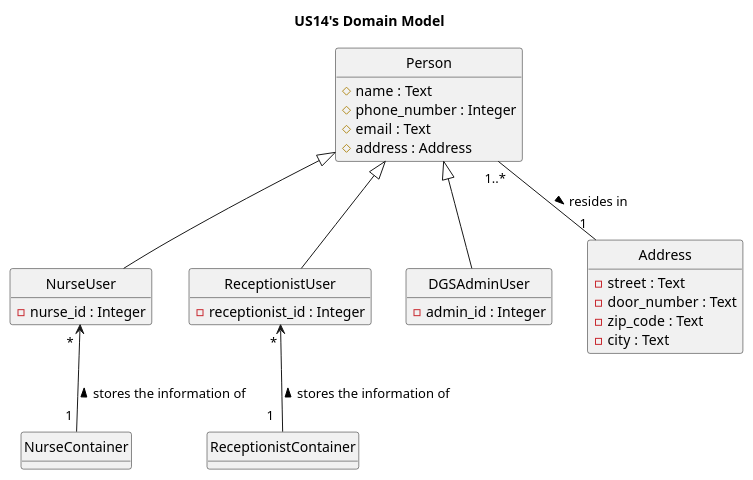
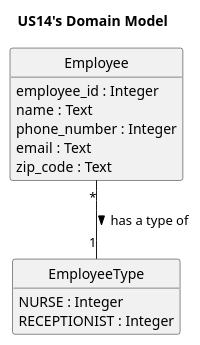
Before and after one commit to pedroguilherme-web/leti-esoft-25-26-A1: the diagram in docs/system-documentation/US14/puml/US14-DM.puml, drawn with PlantUML. The commit also changed 12 other files, not shown here.

Commit message:
Miguel e Lucas: - Adicionados os métodos getNurseList e getReceptionistList ao EmployeeContainer.h e EmployeeContainer.cpp e feitas pequenas alterações no Employee.h - Removido tudo sobre NurseContainer e ReceptionistContainer - Alteradas informações nas US14 e US15

```diff
--- a/docs/system-documentation/US14/puml/US14-DM.puml
+++ b/docs/system-documentation/US14/puml/US14-DM.puml
@@ -1,36 +1,24 @@
 @startuml
 'https://plantuml.com/class-diagram
 
 hide circle
 hide methods
 
 title US14's Domain Model
 
-class Person {
-    # name : Text
-    # phone_number : Integer
-    # email : Text
-    # address : Address
+enum EmployeeType {
+    NURSE : Integer
+    RECEPTIONIST : Integer
 }
-class NurseUser extends Person {
-    - nurse_id : Integer
-}
-class ReceptionistUser extends Person {
-    - receptionist_id : Integer
-}
-class DGSAdminUser extends Person {
-    - admin_id : Integer
-}
-class Address {
-    - street : Text
-    - door_number : Text
-    - zip_code : Text
-    - city : Text
+class Employee {
+    employee_id : Integer
+    name : Text
+    phone_number : Integer
+    email : Text
+    zip_code : Text
 }
 
-Person "1..*" -- "1"  Address: resides in >
-NurseUser "                 *" <-- "1 " NurseContainer: < stores the information of
-ReceptionistUser "         *" <-- "1  " ReceptionistContainer: stores the information of <
+Employee "*" -- "1" EmployeeType: has a type of >
 
 
 @enduml
```
